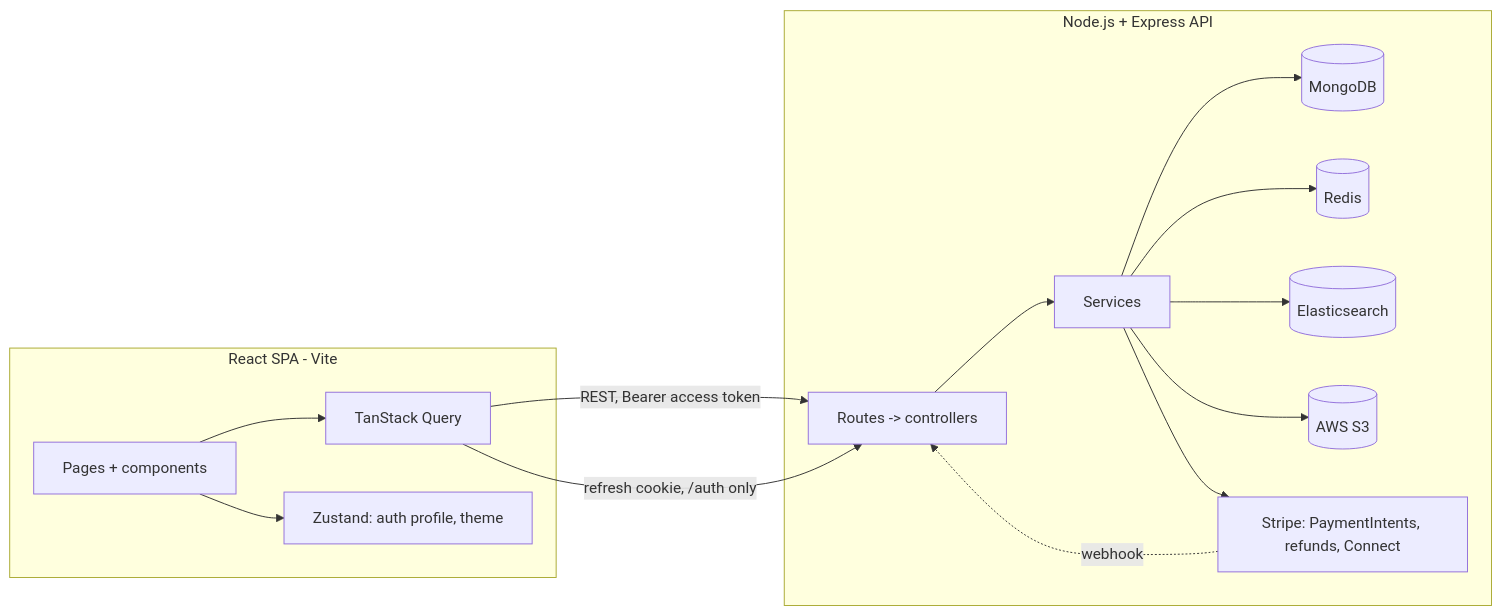
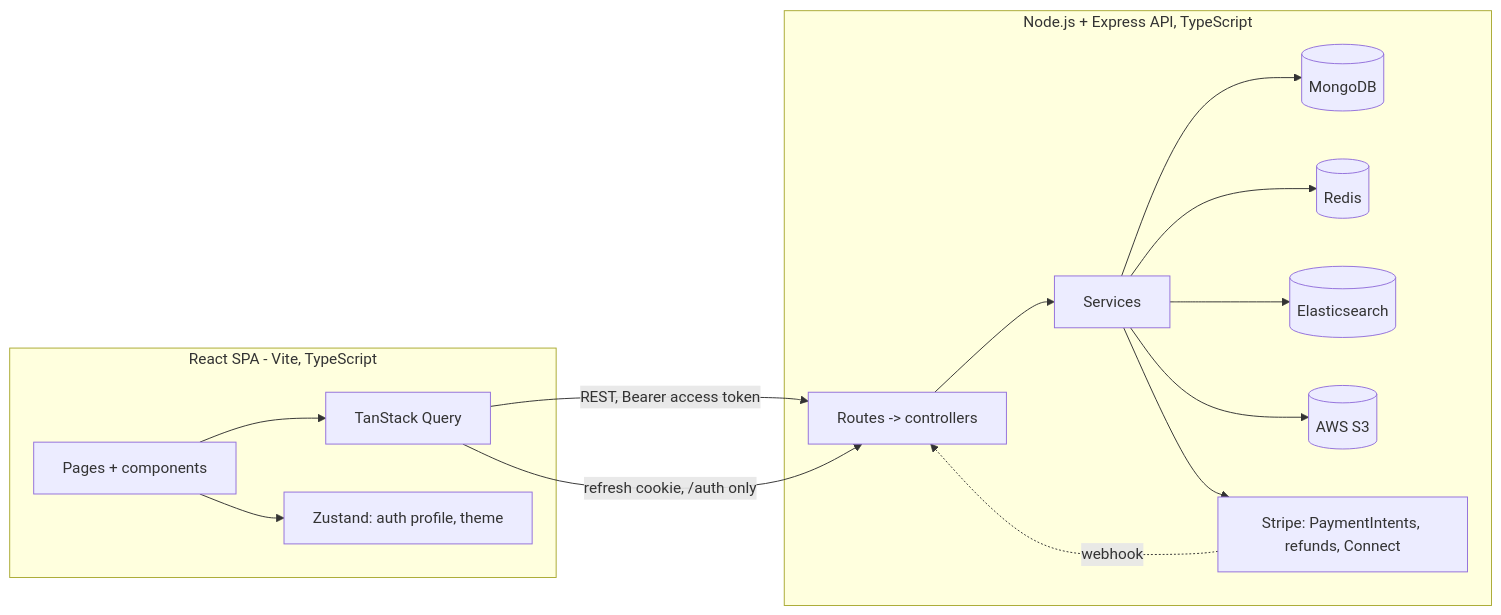
The first of 6 diagrams in docs/ARCHITECTURE.md (Abhishek-Gangwar-18/nexvia-capstone-project-submission), drawn with Mermaid before and after one commit. The commit also changed other lines of this file and 2 other files, not shown here.

First line of the commit message:
docs: README/ARCHITECTURE/API_TESTS -> document the TypeScript setup (Node 22.18+, typecheck scripts, .ts paths) and running the full stack in Docker -> so the setup steps match the TS and Docker project

````diff
--- a/docs/ARCHITECTURE.md
+++ b/docs/ARCHITECTURE.md
@@ -30,19 +30,19 @@
 ```mermaid
 flowchart LR
-  subgraph Client [React SPA - Vite]
+  subgraph Client [React SPA - Vite, TypeScript]
     UI[Pages + components] --> RQ[TanStack Query]
     UI --> ZS[Zustand: auth profile, theme]
   end
   RQ -->|REST, Bearer access token| API
   RQ -->|refresh cookie, /auth only| API
 
-  subgraph Server [Node.js + Express API]
+  subgraph Server [Node.js + Express API, TypeScript]
     API[Routes -> controllers] --> SVC[Services]
     SVC --> M[(MongoDB)]
     SVC --> R[(Redis)]
     SVC --> ES[(Elasticsearch)]
     SVC --> S3[(AWS S3)]
     SVC --> STR[Stripe: PaymentIntents, refunds, Connect]
   end
   STR -. webhook .-> API
 ```
````
